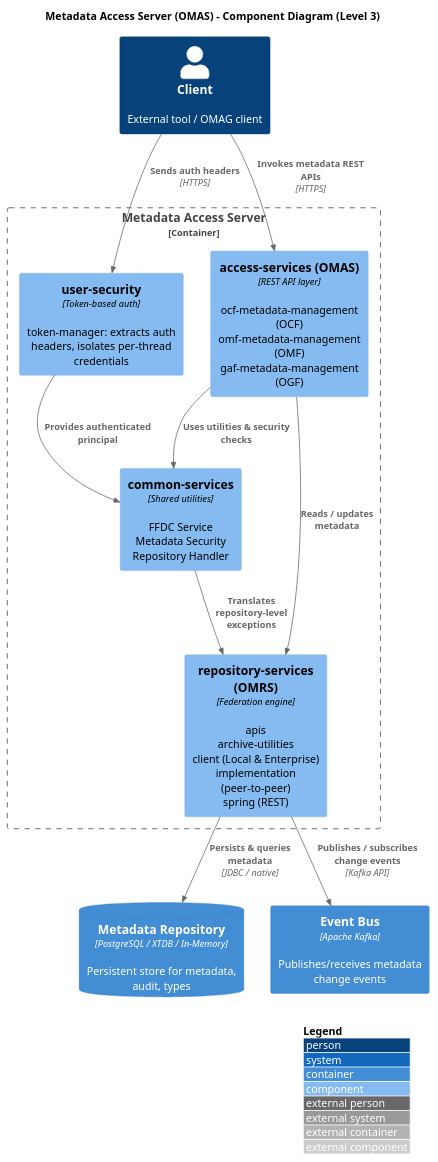
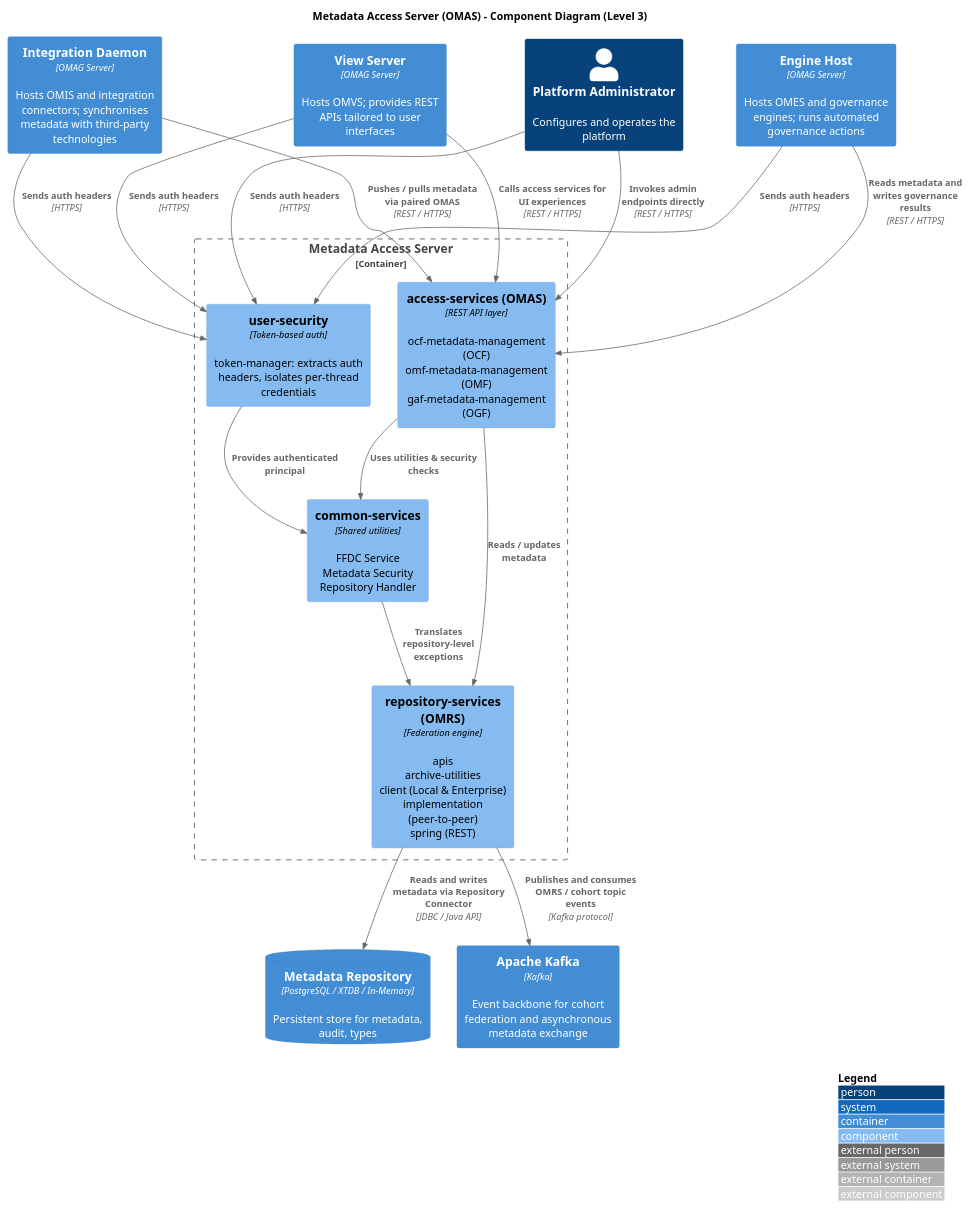
Before and after one commit to PoliTO-SwDA-2026-Team18/project: the diagram in diagrams/c4/component-metadata-access-server.puml, drawn with PlantUML. The commit also changed 1 other file, not shown here.

Commit message:
fix: corrected names coherence and general review of diagrams

```diff
--- a/diagrams/c4/component-metadata-access-server.puml
+++ b/diagrams/c4/component-metadata-access-server.puml
@@ -1,35 +1,45 @@
 @startuml C4_Component_MetadataAccessServer
 !include https://raw.githubusercontent.com/plantuml-stdlib/C4-PlantUML/master/C4_Component.puml
 
 LAYOUT_WITH_LEGEND()
 
 title Metadata Access Server (OMAS) - Component Diagram (Level 3)
 
-Person(client, "Client", "External tool / OMAG client")
+Person(admin,   "Platform Administrator", "Configures and operates the platform")
+Container(view,   "View Server",         "OMAG Server", "Hosts OMVS; provides REST APIs tailored to user interfaces")
+Container(intd,   "Integration Daemon",  "OMAG Server", "Hosts OMIS and integration connectors; synchronises metadata with third-party technologies")
+Container(engine, "Engine Host",         "OMAG Server", "Hosts OMES and governance engines; runs automated governance actions")
 ContainerDb(dataRepo, "Metadata Repository", "PostgreSQL / XTDB / In-Memory", "Persistent store for metadata, audit, types")
-Container(msgBus, "Event Bus", "Apache Kafka", "Publishes/receives metadata change events")
+Container(msgBus, "Apache Kafka", "Kafka", "Event backbone for cohort federation and asynchronous metadata exchange")
 
 Container_Boundary(mas, "Metadata Access Server") {
 
     Component(userSec, "user-security", "Token-based auth", "token-manager: extracts auth headers, isolates per-thread credentials")
 
     Component(access, "access-services (OMAS)", "REST API layer", "ocf-metadata-management (OCF)\nomf-metadata-management (OMF)\ngaf-metadata-management (OGF)")
 
     Component(common, "common-services", "Shared utilities", "FFDC Service\nMetadata Security\nRepository Handler")
 
     Component(omrs, "repository-services (OMRS)", "Federation engine", "apis\narchive-utilities\nclient (Local & Enterprise)\nimplementation (peer-to-peer)\nspring (REST)")
 }
 
-Rel(client, userSec, "Sends auth headers", "HTTPS")
-Rel(client, access, "Invokes metadata REST APIs", "HTTPS")
+Rel(admin,   userSec, "Sends auth headers", "HTTPS")
+Rel(view,    userSec, "Sends auth headers", "HTTPS")
+Rel(intd,    userSec, "Sends auth headers", "HTTPS")
+Rel(engine,  userSec, "Sends auth headers", "HTTPS")
+
+Rel(admin,   access, "Invokes admin endpoints directly", "REST / HTTPS")
+Rel(view,    access, "Calls access services for UI experiences", "REST / HTTPS")
+Rel(intd,    access, "Pushes / pulls metadata via paired OMAS", "REST / HTTPS")
+Rel(engine,  access, "Reads metadata and writes governance results", "REST / HTTPS")
 
 Rel(access, common, "Uses utilities & security checks")
 Rel(access, omrs, "Reads / updates metadata")
 
 Rel(common, omrs, "Translates repository-level exceptions")
 Rel(userSec, common, "Provides authenticated principal")
 
-Rel(omrs, dataRepo, "Persists & queries metadata", "JDBC / native")
-Rel(omrs, msgBus, "Publishes / subscribes change events", "Kafka API")
+Rel(omrs, dataRepo, "Reads and writes metadata via Repository Connector", "JDBC / Java API")
+Rel(omrs, msgBus, "Publishes and consumes OMRS / cohort topic events", "Kafka protocol")
 
 @enduml
```
